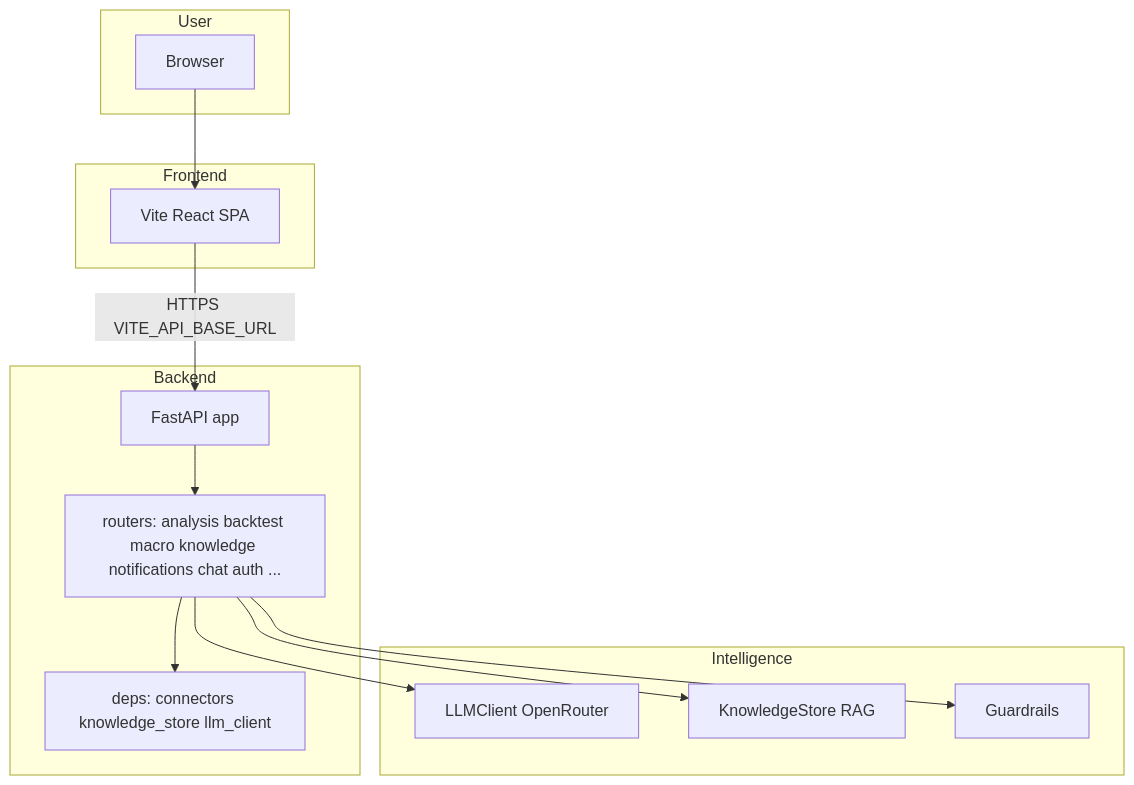
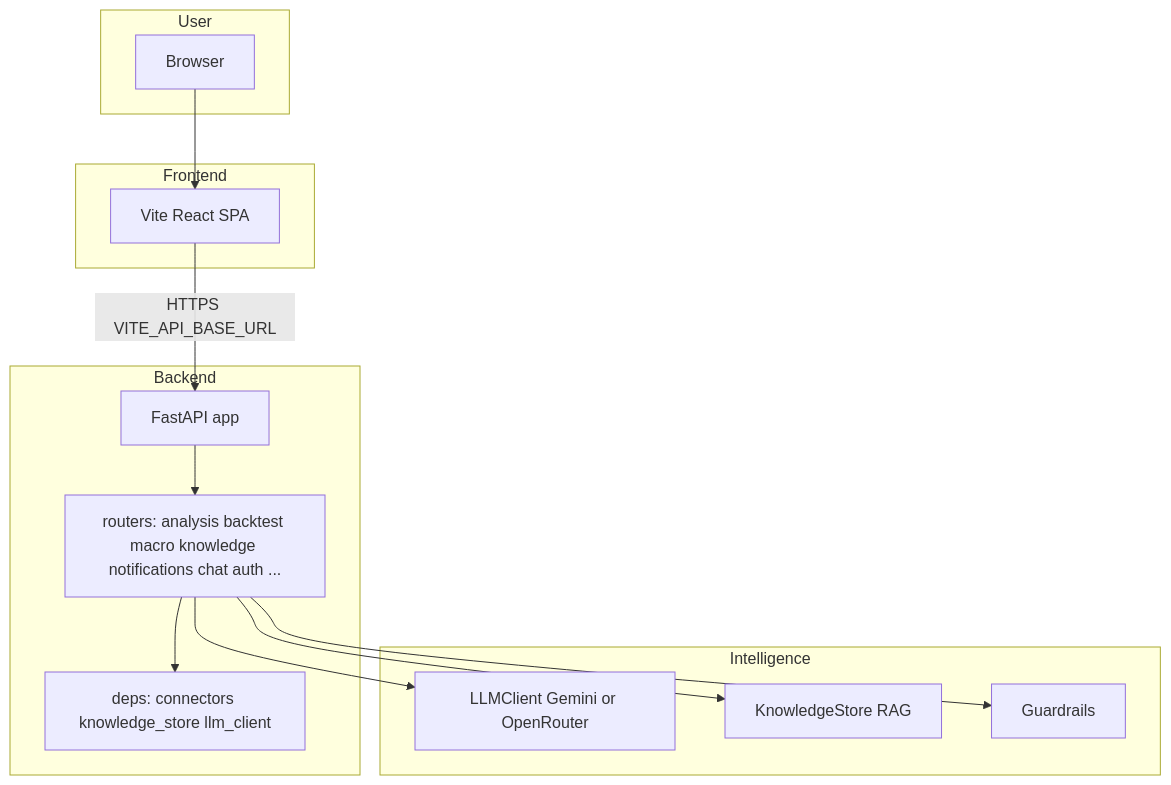
One commit to manojsilwal/tradetalkapp changed the first of 2 diagrams in docs/ARCHITECTURE.md. Above: the diagram before and after it, drawn with Mermaid. The commit also changed other lines of this file and 121 other files, not shown here.

````diff
--- a/docs/ARCHITECTURE.md
+++ b/docs/ARCHITECTURE.md
@@ -23,26 +24,26 @@
 ```mermaid
 flowchart TB
   subgraph user [User]
     Browser[Browser]
   end
   subgraph fe [Frontend]
     SPA[Vite React SPA]
   end
   subgraph be [Backend]
     API[FastAPI app]
     Routers[routers: analysis backtest macro knowledge notifications chat auth ...]
     Deps[deps: connectors knowledge_store llm_client]
     API --> Routers
     Routers --> Deps
   end
   subgraph intel [Intelligence]
-    LLM[LLMClient OpenRouter]
+    LLM[LLMClient Gemini or OpenRouter]
     KS[KnowledgeStore RAG]
     GR[Guardrails]
   end
   Browser --> SPA
   SPA -->|HTTPS VITE_API_BASE_URL| API
   Routers --> LLM
   Routers --> KS
   Routers --> GR
 ```
````
